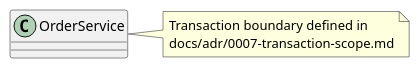
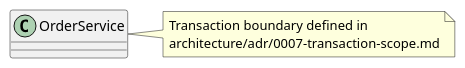
One commit to DongZY0617/javafx-skill changed the ninth of 9 diagrams in skills/javafx-architect/references/uml-generation.md. Above: the diagram before and after it, drawn with PlantUML. The commit also changed other lines of this file and 132 other files, not shown here.

````diff
--- a/skills/javafx-architect/references/uml-generation.md
+++ b/skills/javafx-architect/references/uml-generation.md
@@ -252,7 +252,7 @@
 ```plantuml
 class OrderService
 note right of OrderService
   Transaction boundary defined in
-  docs/adr/0007-transaction-scope.md
+  architecture/adr/0007-transaction-scope.md
 end note
 ```
````
